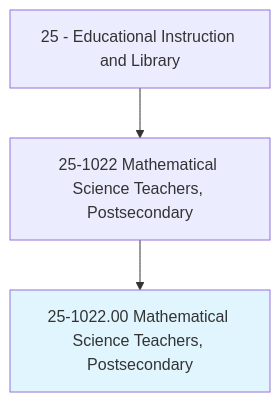
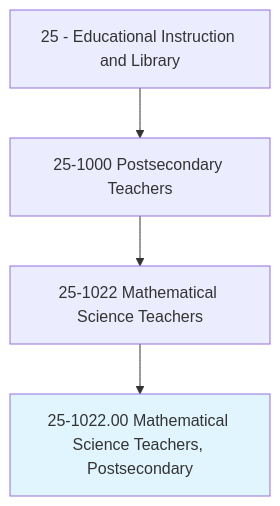
The first of 4 diagrams in occupations/Education/MathematicalScienceTeachersPostsecondary.mdx (kziemski/business.org.ai), drawn with Mermaid before and after one commit. The commit also changed other lines of this file and 938 other files, not shown here.

````diff
--- a/occupations/Education/MathematicalScienceTeachersPostsecondary.mdx
+++ b/occupations/Education/MathematicalScienceTeachersPostsecondary.mdx
@@ -19,6 +23,7 @@
 ```mermaid
 graph TD
-    Cat25["25 - Educational Instruction and Library"] --> Group251022["25-1022 Mathematical Science Teachers, Postsecondary"]
+    Cat25["25 - Educational Instruction and Library"] --> Group251["25-1000 Postsecondary Teachers"]
+    Group251 --> Group251022["25-1022 Mathematical Science Teachers"]
     Group251022 --> Current["25-1022.00 Mathematical Science Teachers, Postsecondary"]
     style Current fill:#e1f5fe
 ```
````
